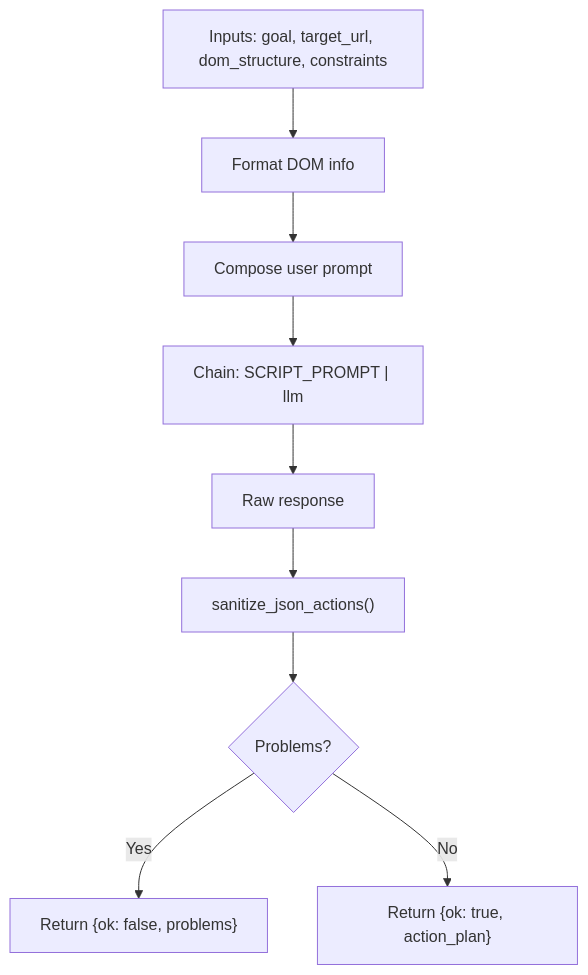
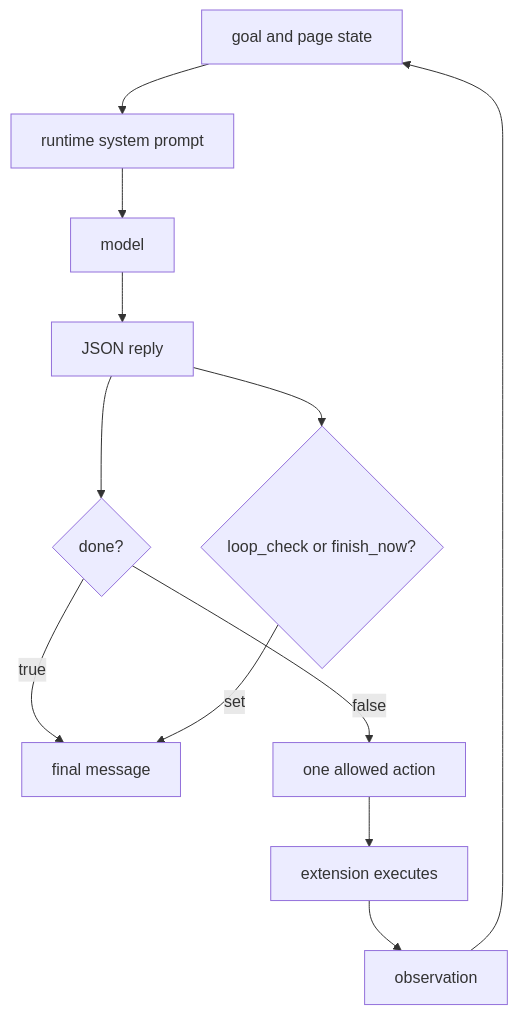
Before and after one commit to tashifkhan/tashif.codes: the third of 5 diagrams in src/data/docs/agentic-browser/Prompts and Prompt Engineering/Browser Automation Prompts.md, drawn with Mermaid. The commit also changed other lines of this file and 114 other files, not shown here.

````diff
--- a/src/data/docs/agentic-browser/Prompts and Prompt Engineering/Browser Automation Prompts.md
+++ b/src/data/docs/agentic-browser/Prompts and Prompt Engineering/Browser Automation Prompts.md
@@ -102,11 +111,14 @@
 ```mermaid
 flowchart TD
-A["Inputs: goal, target_url, dom_structure, constraints"] --> B["Format DOM info"]
-B --> C["Compose user prompt"]
-C --> D["Chain: SCRIPT_PROMPT | llm"]
-D --> E["Raw response"]
-E --> F["sanitize_json_actions()"]
-F --> G{"Problems?"}
-G --> |Yes| H["Return {ok: false, problems}"]
-G --> |No| I["Return {ok: true, action_plan}"]
+  G["goal and page state"] --> P["runtime system prompt"]
+  P --> M["model"]
+  M --> J["JSON reply"]
+  J --> D{"done?"}
+  D -->|true| F["final message"]
+  D -->|false| A["one allowed action"]
+  A --> E["extension executes"]
+  E --> O["observation"]
+  O --> G
+  J --> L{"loop_check or finish_now?"}
+  L -->|set| F
 ```
````
